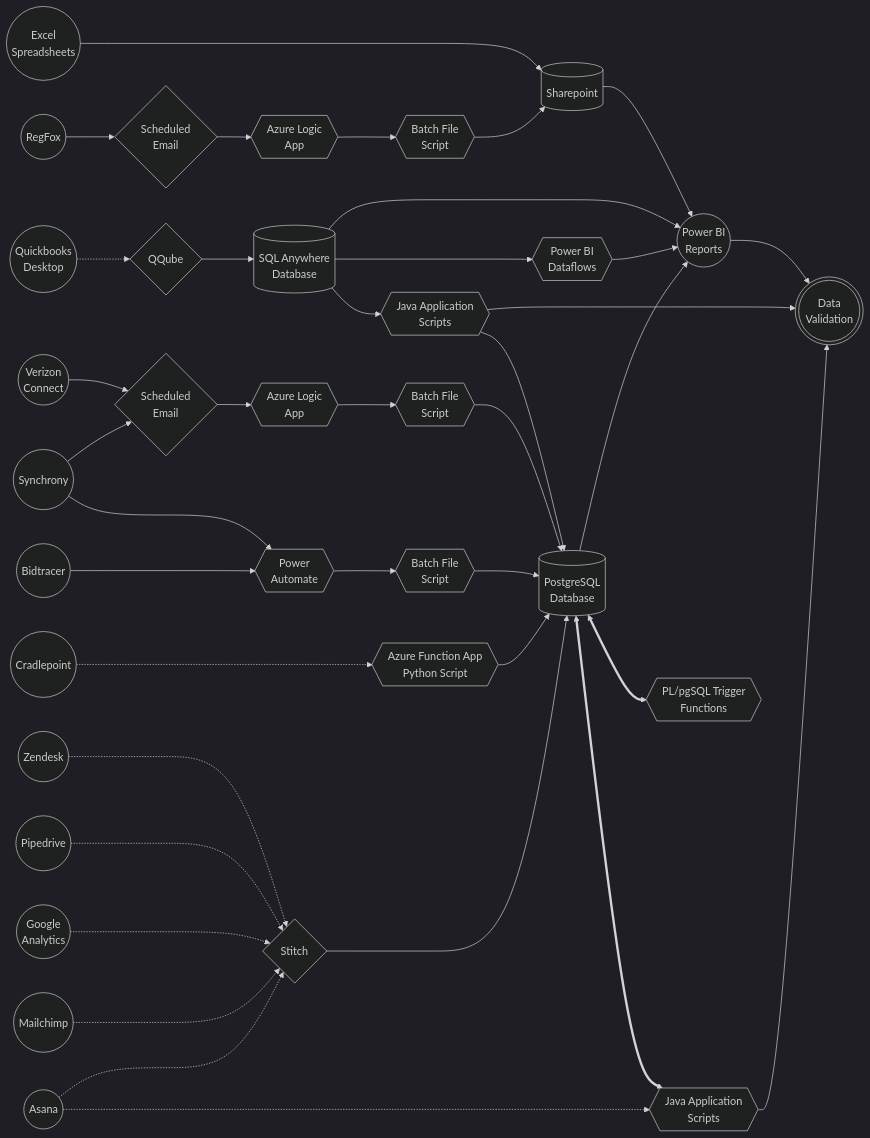
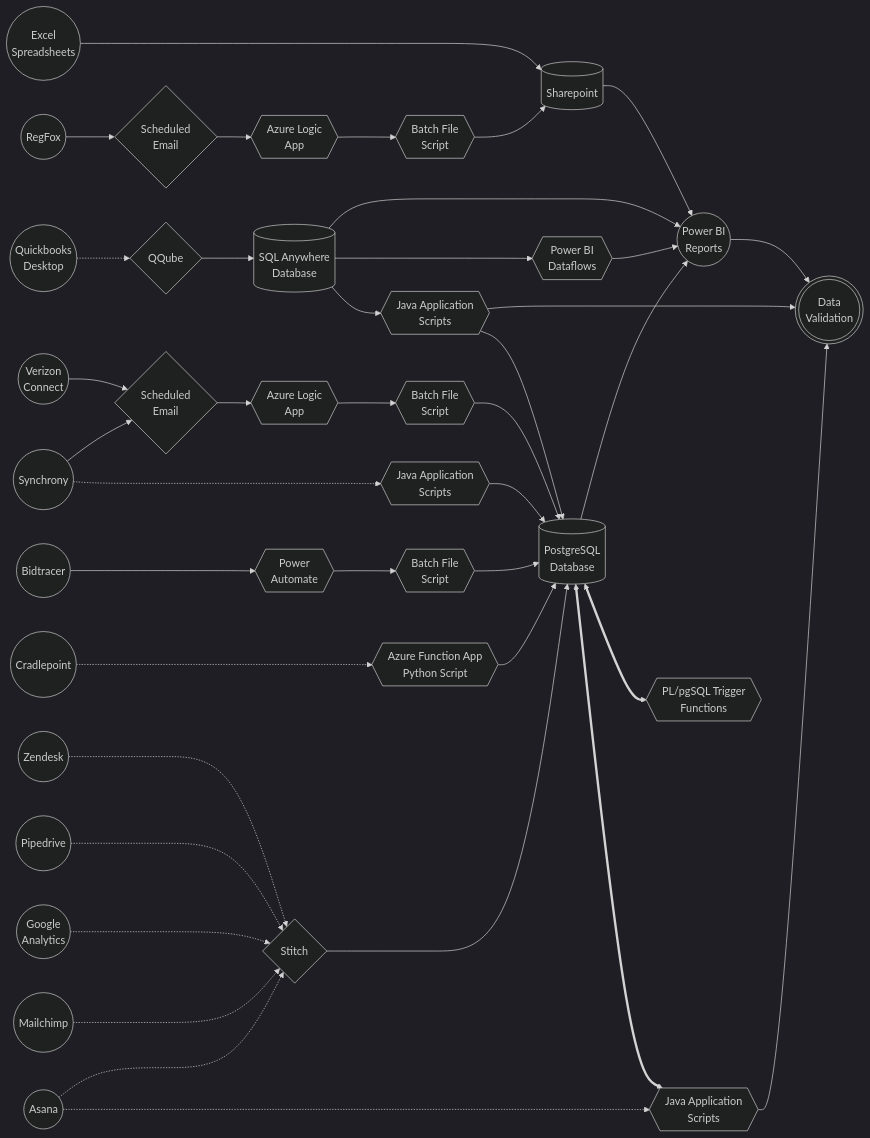
One commit to automatic-controls/powerbi changed the diagram in README.md. Above: the diagram before and after it, drawn with Mermaid (dark theme). The commit also changed other lines of this file and 27 other files, not shown here.

````diff
--- a/README.md
+++ b/README.md
@@ -49,36 +49,37 @@
 ```mermaid
 flowchart LR
   powerbi((Power BI\nReports))
   quickbooks((Quickbooks\nDesktop))
   asana((Asana))
   zendesk((Zendesk))
   pipedrive((Pipedrive))
   ga((Google\nAnalytics))
   mc((Mailchimp))
   excel((Excel\nSpreadsheets))
   cradlepoint((Cradlepoint))
   bidtracer((Bidtracer))
   sharepoint[(Sharepoint)]
   qq_database[(SQL Anywhere\nDatabase)]
   postgresql[(PostgreSQL\nDatabase)]
   qqube{QQube}
   stitch{Stitch}
   power_auto{{Power\nAutomate}}
   qq_dataflows{{Power BI\nDataflows}}
   qq_script{{Java Application\nScripts}}
   cradle_script{{Azure Function App\nPython Script}}
   bid_upload{{Batch File\nScript}}
   excel----->sharepoint-->powerbi-->validate>Data Validation]
   regfox((RegFox))-->reg_email{Scheduled\nEmail}-->reg_azure{{Azure Logic\nApp}}-->reg_script{{Batch File\nScript}}-->sharepoint
   qq_script-->validate
   quickbooks-.->qqube-->qq_database-->powerbi
   qq_database-->qq_dataflows-->powerbi
   qq_database-->qq_script-->postgresql-->powerbi
   verizon((Verizon\nConnect)) & synchrony((Synchrony))-->ver_email{Scheduled\nEmail}-->ver_azure{{Azure Logic\nApp}}-->ver_script{{Batch File\nScript}}-->postgresql
-  synchrony & bidtracer--->power_auto-->bid_upload-->postgresql
+  synchrony-.->sync_java_scripts{{Java Application\nScripts}}-->postgresql
+  bidtracer--->power_auto-->bid_upload-->postgresql
   cradlepoint-...->cradle_script-->postgresql
   zendesk & pipedrive & ga & mc & asana-..->stitch--->postgresql
   postgresql<==>trigger{{PL/pgSQL Trigger\nFunctions}} & process{{Java Application\nScripts}}
   asana-.->process
   process-->validate(((Data\nValidation)))
 ```
````
